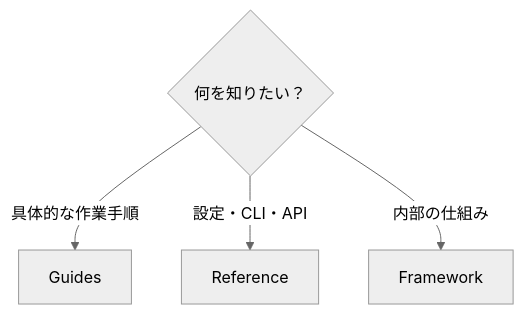
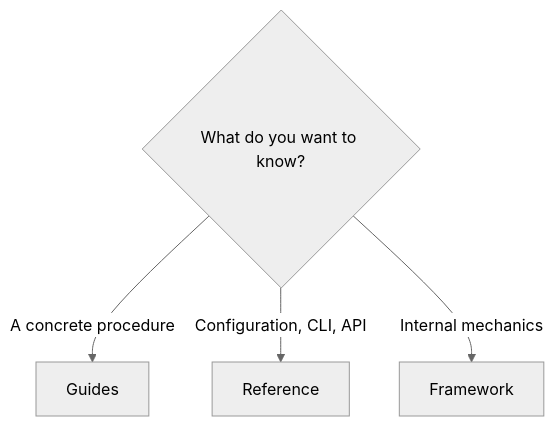
One commit to Rerurate514/riebeckite changed the first of 2 diagrams in docs/docs/guides/README.md. Above: the diagram before and after it, drawn with Mermaid (neutral theme). The commit also changed other lines of this file and 604 other files, not shown here.

````diff
--- a/docs/docs/guides/README.md
+++ b/docs/docs/guides/README.md
@@ -13,8 +11,8 @@
-```mermaid id="d2p74f"
+```mermaid
 flowchart TD
-    Q{"何を知りたい？"}
+    Q{"What do you want to know?"}
 
-    Q -->|"具体的な作業手順"| Guides["Guides"]
-    Q -->|"設定・CLI・API"| Reference["Reference"]
-    Q -->|"内部の仕組み"| Framework["Framework"]
+    Q -->|"A concrete procedure"| Guides["Guides"]
+    Q -->|"Configuration, CLI, API"| Reference["Reference"]
+    Q -->|"Internal mechanics"| Framework["Framework"]
 ```
````
